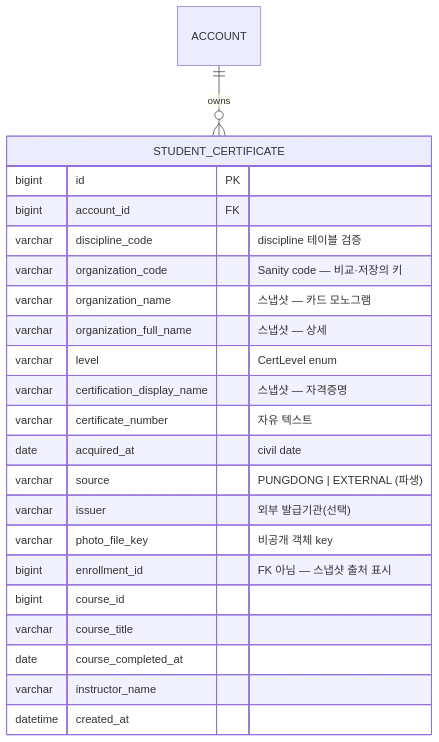
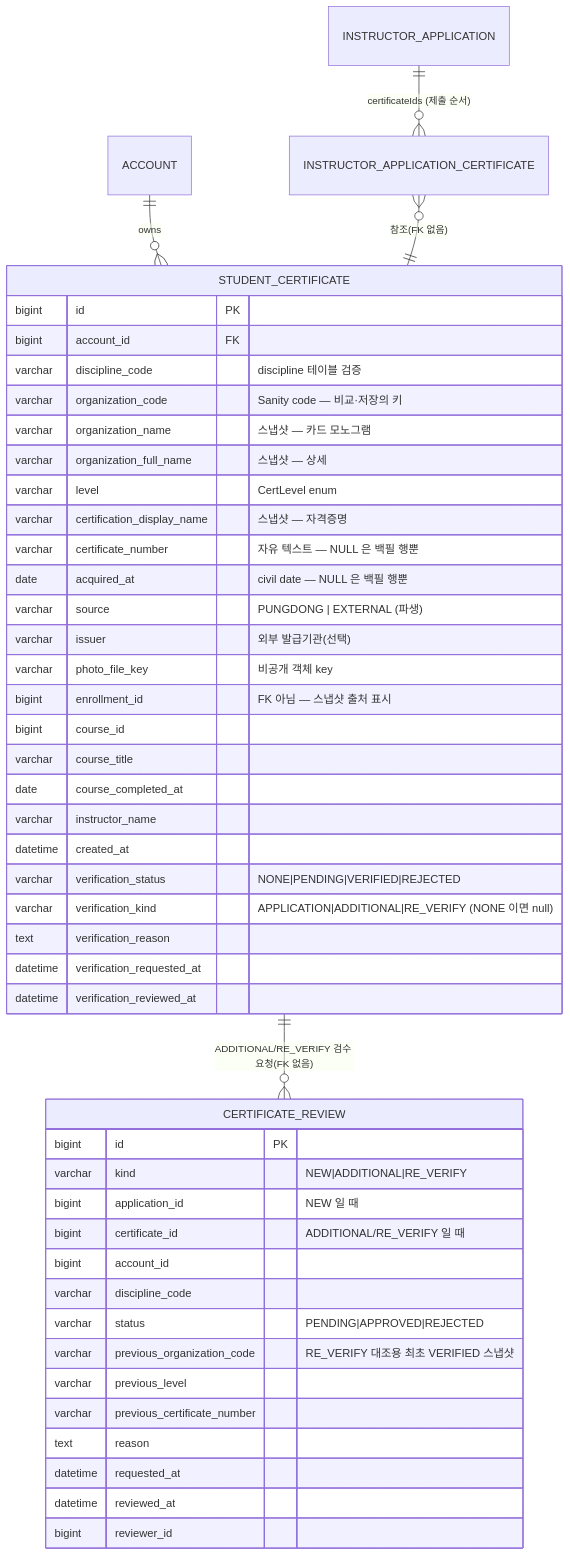
The second of 4 diagrams in docs/architecture/certificate.md (pungdong/Pungdong-Backend), drawn with Mermaid before and after one commit. The commit also changed other lines of this file and 66 other files, not shown here.

````diff
--- a/docs/architecture/certificate.md
+++ b/docs/architecture/certificate.md
@@ -91,25 +122,49 @@
 ```mermaid
 erDiagram
     ACCOUNT ||--o{ STUDENT_CERTIFICATE : owns
     STUDENT_CERTIFICATE {
         bigint id PK
         bigint account_id FK
         varchar discipline_code "discipline 테이블 검증"
         varchar organization_code "Sanity code — 비교·저장의 키"
         varchar organization_name "스냅샷 — 카드 모노그램"
         varchar organization_full_name "스냅샷 — 상세"
         varchar level "CertLevel enum"
         varchar certification_display_name "스냅샷 — 자격증명"
-        varchar certificate_number "자유 텍스트"
-        date acquired_at "civil date"
+        varchar certificate_number "자유 텍스트 — NULL 은 백필 행뿐"
+        date acquired_at "civil date — NULL 은 백필 행뿐"
         varchar source "PUNGDONG | EXTERNAL (파생)"
         varchar issuer "외부 발급기관(선택)"
         varchar photo_file_key "비공개 객체 key"
         bigint enrollment_id "FK 아님 — 스냅샷 출처 표시"
         bigint course_id
         varchar course_title
         date course_completed_at
         varchar instructor_name
         datetime created_at
+        varchar verification_status "NONE|PENDING|VERIFIED|REJECTED"
+        varchar verification_kind "APPLICATION|ADDITIONAL|RE_VERIFY (NONE 이면 null)"
+        text verification_reason
+        datetime verification_requested_at
+        datetime verification_reviewed_at
+    }
+    STUDENT_CERTIFICATE ||--o{ CERTIFICATE_REVIEW : "ADDITIONAL/RE_VERIFY 검수 요청(FK 없음)"
+    INSTRUCTOR_APPLICATION ||--o{ INSTRUCTOR_APPLICATION_CERTIFICATE : "certificateIds (제출 순서)"
+    INSTRUCTOR_APPLICATION_CERTIFICATE }o--|| STUDENT_CERTIFICATE : "참조(FK 없음)"
+    CERTIFICATE_REVIEW {
+        bigint id PK
+        varchar kind "NEW|ADDITIONAL|RE_VERIFY"
+        bigint application_id "NEW 일 때"
+        bigint certificate_id "ADDITIONAL/RE_VERIFY 일 때"
+        bigint account_id
+        varchar discipline_code
+        varchar status "PENDING|APPROVED|REJECTED"
+        varchar previous_organization_code "RE_VERIFY 대조용 최초 VERIFIED 스냅샷"
+        varchar previous_level
+        varchar previous_certificate_number
+        text reason
+        datetime requested_at
+        datetime reviewed_at
+        bigint reviewer_id
     }
 ```
````
